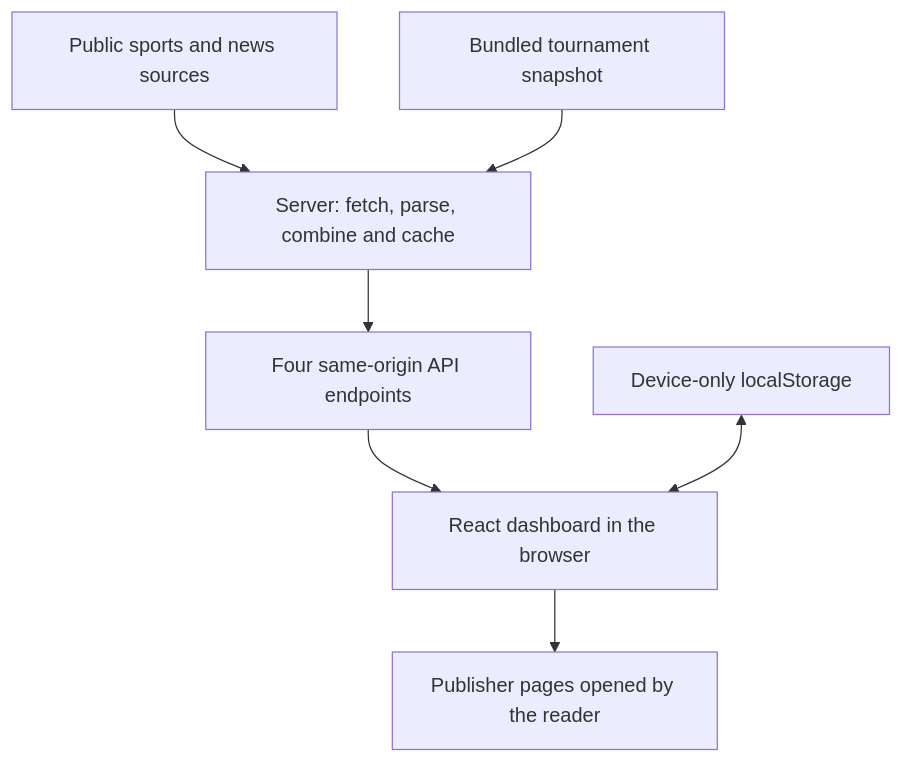
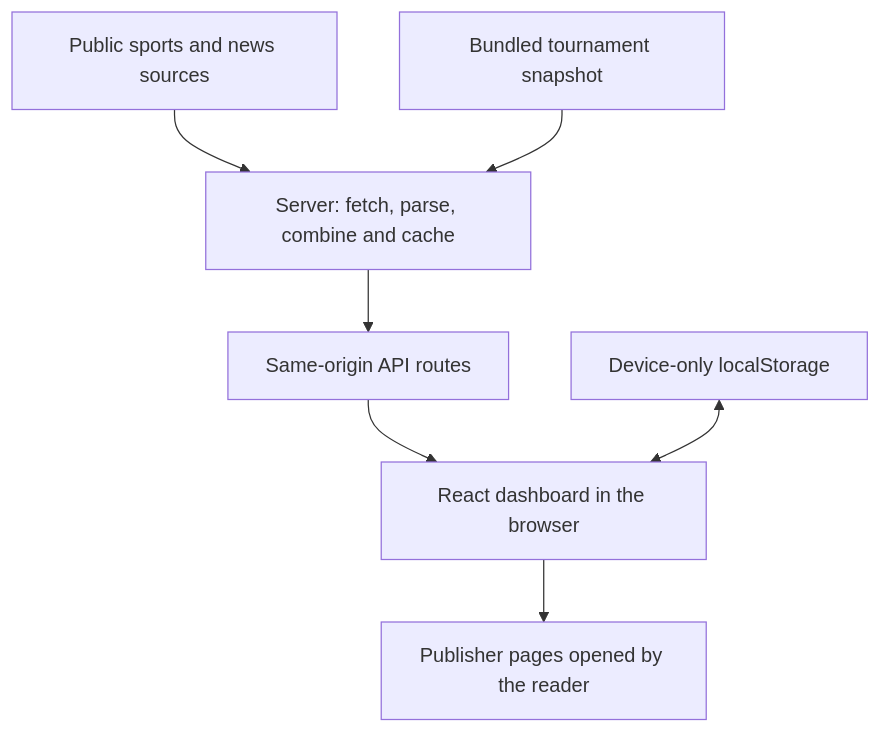
The first of 2 diagrams in ARCHITECTURE.md (jaboc83/wolves-and-friends), drawn with Mermaid before and after one commit. The commit also changed other lines of this file and 2 other files, not shown here.

````diff
--- a/ARCHITECTURE.md
+++ b/ARCHITECTURE.md
@@ -9,9 +9,9 @@
 ```mermaid
 flowchart TD
     Sources["Public sports and news sources"] --> Server["Server: fetch, parse, combine and cache"]
-    Server --> API["Four same-origin API endpoints"]
+    Server --> API["Same-origin API routes"]
     Seeds["Bundled tournament snapshot"] --> Server
     API --> Page["React dashboard in the browser"]
     Local["Device-only localStorage"] <--> Page
     Page --> Links["Publisher pages opened by the reader"]
 ```
````
